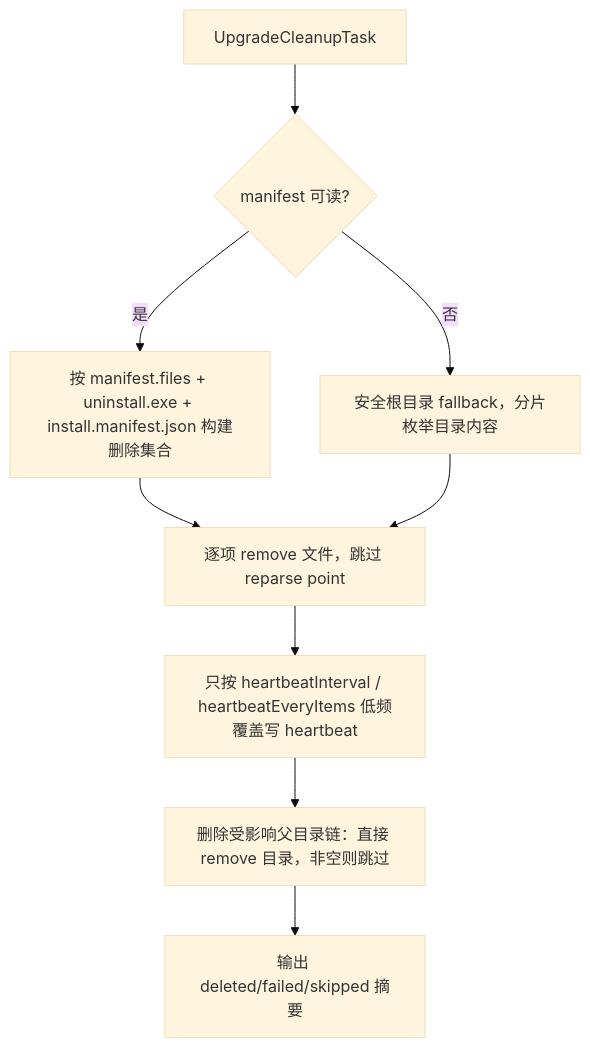
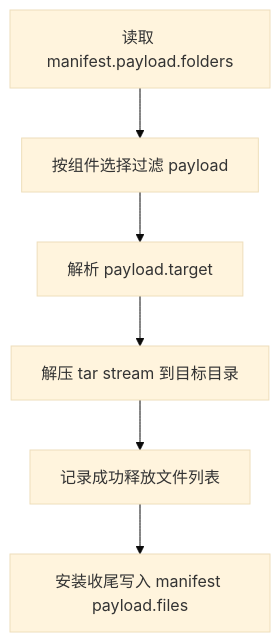
One commit to lu020218/Multi-Threaded_Installer changed the fourth of 7 diagrams in docs/安装器流程图.md. Above: the diagram before and after it, drawn with Mermaid (base theme). The commit also changed other lines of this file and 63 other files, not shown here.

````diff
--- a/docs/安装器流程图.md
+++ b/docs/安装器流程图.md
@@ -152,11 +58,8 @@
 ```mermaid
 flowchart TD
-    A["UpgradeCleanupTask"] --> B{"manifest 可读?"}
-    B -->|是| C["按 manifest.files + uninstall.exe + install.manifest.json 构建删除集合"]
-    B -->|否| D["安全根目录 fallback，分片枚举目录内容"]
-    C --> E["逐项 remove 文件，跳过 reparse point"]
-    D --> E
-    E --> F["只按 heartbeatInterval / heartbeatEveryItems 低频覆盖写 heartbeat"]
-    F --> G["删除受影响父目录链：直接 remove 目录，非空则跳过"]
-    G --> H["输出 deleted/failed/skipped 摘要"]
+    A["读取 manifest.payload.folders"] --> B["按组件选择过滤 payload"]
+    B --> C["解析 payload.target"]
+    C --> D["解压 tar stream 到目标目录"]
+    D --> E["记录成功释放文件列表"]
+    E --> F["安装收尾写入 manifest payload.files"]
 ```
````
